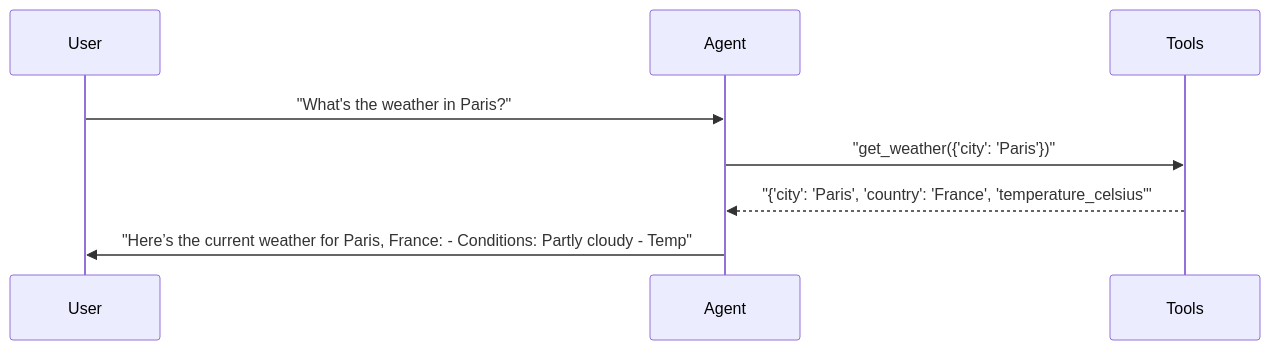
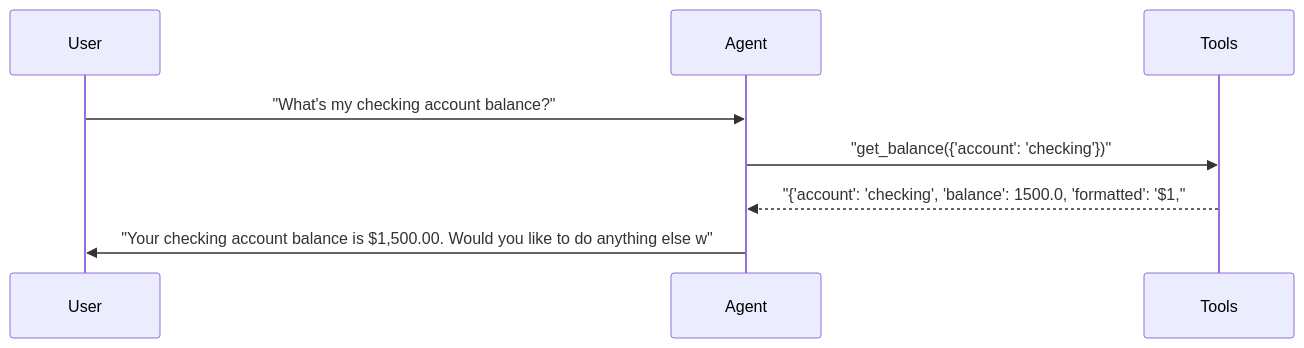
The first of 4 diagrams in docs/reports/01_single_agent.md (sbroenne/pytest-aitest), drawn with Mermaid before and after one commit. The commit also changed other lines of this file and 132 other files, not shown here.

````diff
--- a/docs/reports/01_single_agent.md
+++ b/docs/reports/01_single_agent.md
@@ -127,11 +155,11 @@
 ```mermaid
 sequenceDiagram
     participant User
     participant Agent
     participant Tools
 
-    User->>Agent: "What's the weather in Paris?"
-    Agent->>Tools: "get_weather({'city': 'Paris'})"
-    Tools-->>Agent: "{'city': 'Paris', 'country': 'France', 'temperature_celsius'"
-    Agent->>User: "Here’s the current weather for Paris, France: - Conditions: Partly cloudy - Temp"
+    User->>Agent: "What's my checking account balance?"
+    Agent->>Tools: "get_balance({'account': 'checking'})"
+    Tools-->>Agent: "{'account': 'checking', 'balance': 1500.0, 'formatted': '$1,"
+    Agent->>User: "Your checking account balance is $1,500.00. Would you like to do anything else w"
 ```
````
